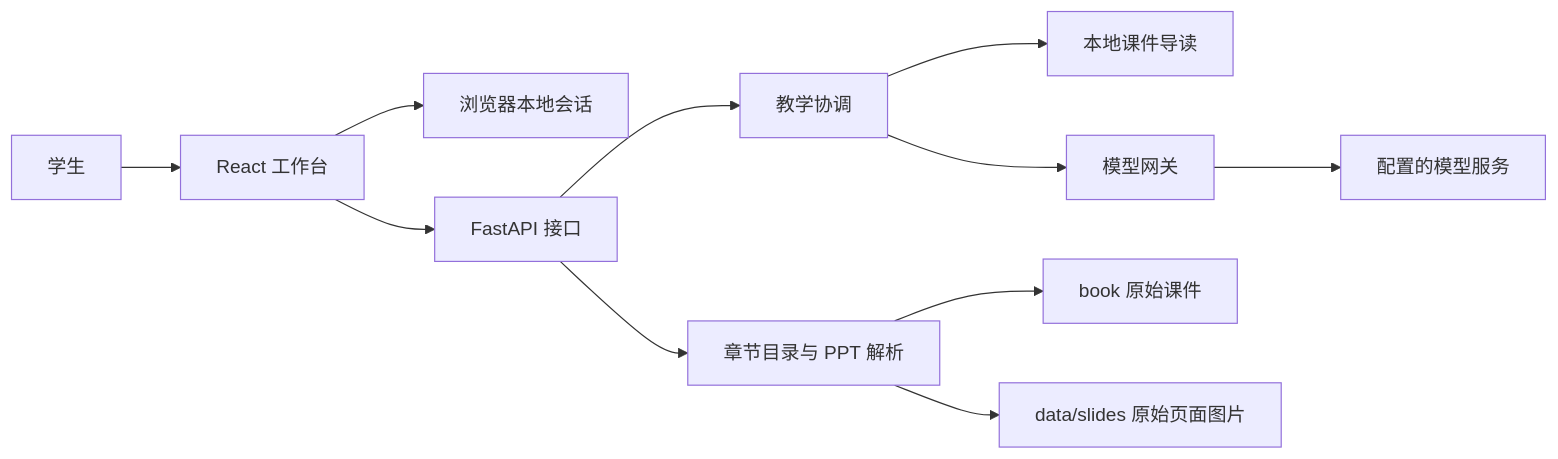
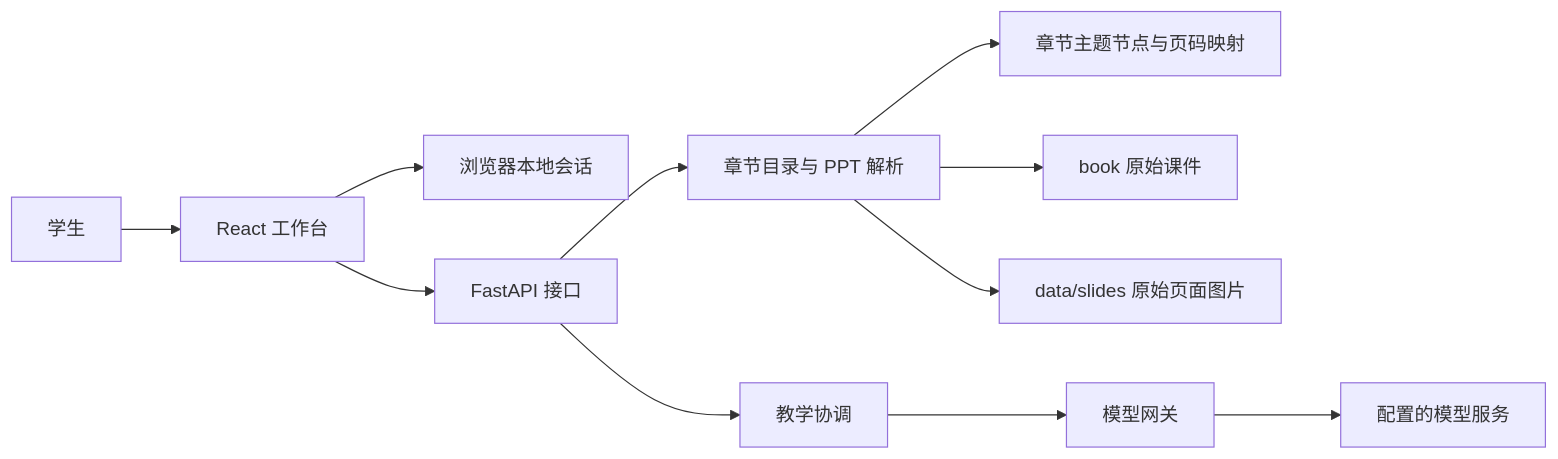
Before and after one commit to tianma-afk/MAGA: the diagram in docs/spec/architecture.md, drawn with Mermaid. The commit also changed other lines of this file and 34 other files, not shown here.

Commit message:
feat: add learning outlines, roadmap navigation, and configuration management

````diff
--- a/docs/spec/architecture.md
+++ b/docs/spec/architecture.md
@@ -11,13 +11,13 @@
 ```mermaid
 flowchart LR
     Learner[学生] --> Web[React 工作台]
     Web --> Storage[浏览器本地会话]
     Web --> API[FastAPI 接口]
     API --> Catalog[章节目录与 PPT 解析]
     API --> Tutor[教学协调]
-    Tutor --> Local[本地课件导读]
+    Catalog --> Outline[章节主题节点与页码映射]
     Tutor --> Gateway[模型网关]
     Gateway --> LLM[配置的模型服务]
     Catalog --> Books[book 原始课件]
     Catalog --> Images[data/slides 原始页面图片]
 ```
````
